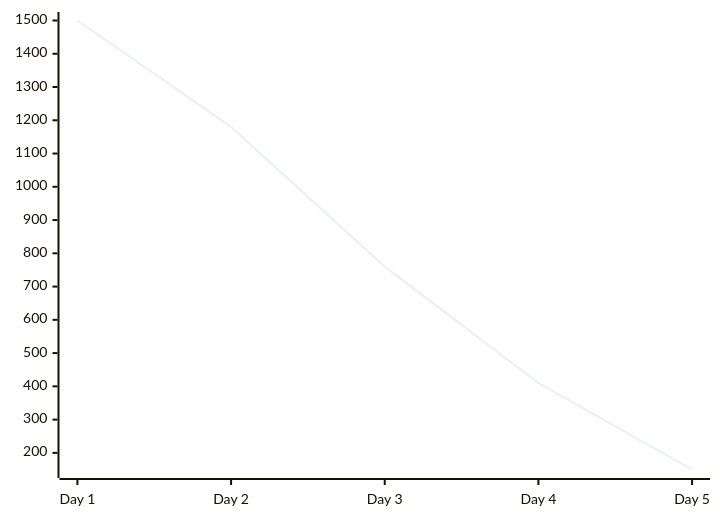
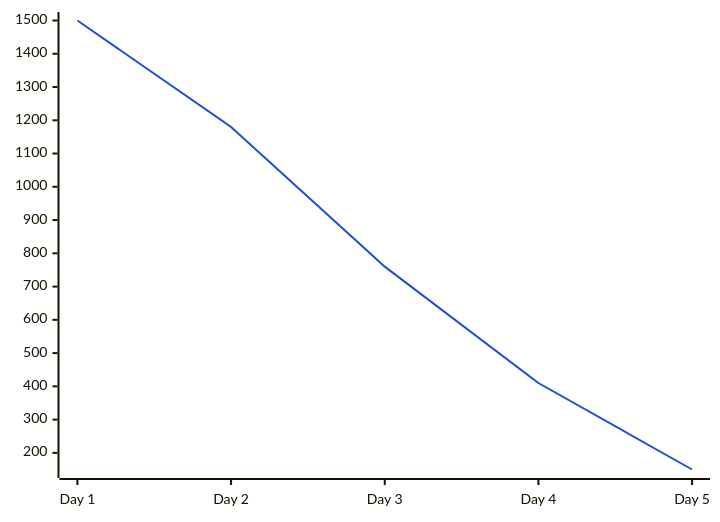
The second of 4 diagrams in tests/golden/example.markdown/page.md (alex-yanchenko/skaldr), drawn with Mermaid before and after one commit. The commit also changed other lines of this file and 18 other files, not shown here.

First line of the commit message:
feat(export): colour github mermaid charts, fold collapsed sections and alert toned grid cells (#235)

````diff
--- a/tests/golden/example.markdown/page.md
+++ b/tests/golden/example.markdown/page.md
@@ -333,5 +336,6 @@
 ```mermaid
+%%{init: {"theme": "base", "themeVariables": {"xyChart": {"plotColorPalette": "#1d4ed8"}}}}%%
 xychart-beta
     x-axis ["Day 1", "Day 2", "Day 3", "Day 4", "Day 5"]
     line [1500, 1180, 760, 410, 150]
 ```
````
